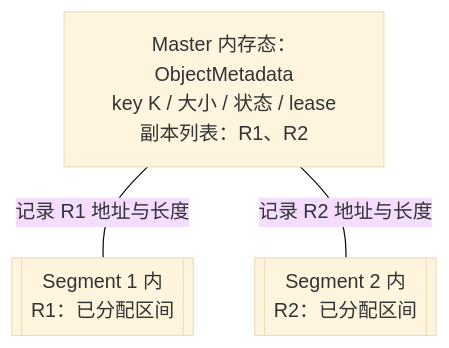
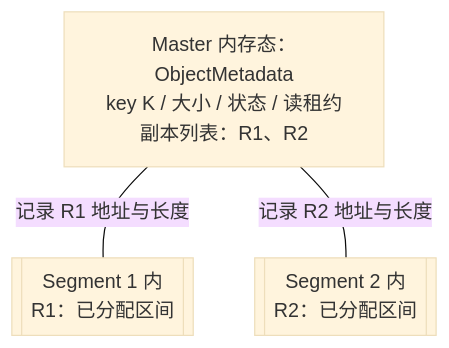
The first of 2 diagrams in mooncake-kv-cache-series/wechat/02-objects-and-replicas.md (Hansyangxingxiang/Mooncake), drawn with Mermaid (base theme) before and after one commit. The commit also changed other lines of this file and 23 other files, not shown here.

````diff
--- a/mooncake-kv-cache-series/wechat/02-objects-and-replicas.md
+++ b/mooncake-kv-cache-series/wechat/02-objects-and-replicas.md
@@ -40,8 +40,8 @@
 ```mermaid
 flowchart TB
-    OM["Master 内存态：ObjectMetadata<br/>key K / 大小 / 状态 / lease<br/>副本列表：R1、R2"]
+    OM["Master 内存态：ObjectMetadata<br/>key K / 大小 / 状态 / 读租约<br/>副本列表：R1、R2"]
     R1[["Segment 1 内<br/>R1：已分配区间"]]
     R2[["Segment 2 内<br/>R2：已分配区间"]]
     OM ---|"记录 R1 地址与长度"| R1
     OM ---|"记录 R2 地址与长度"| R2
 ```
````
